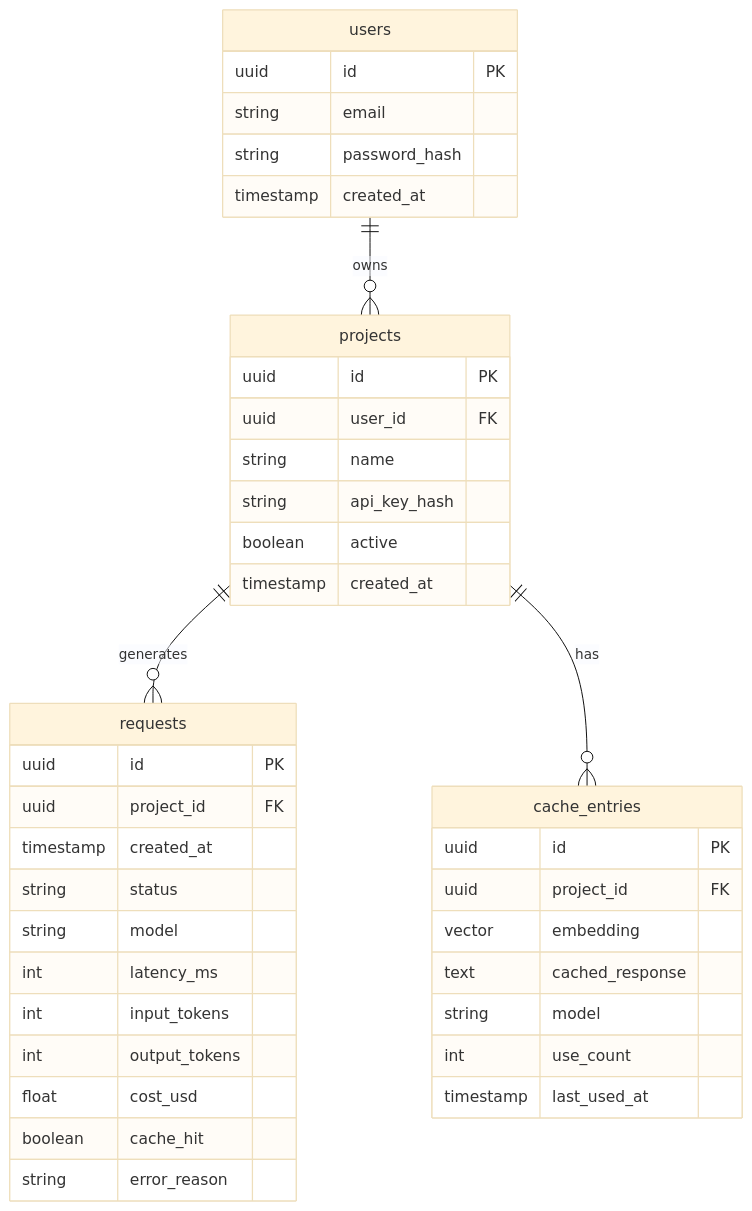
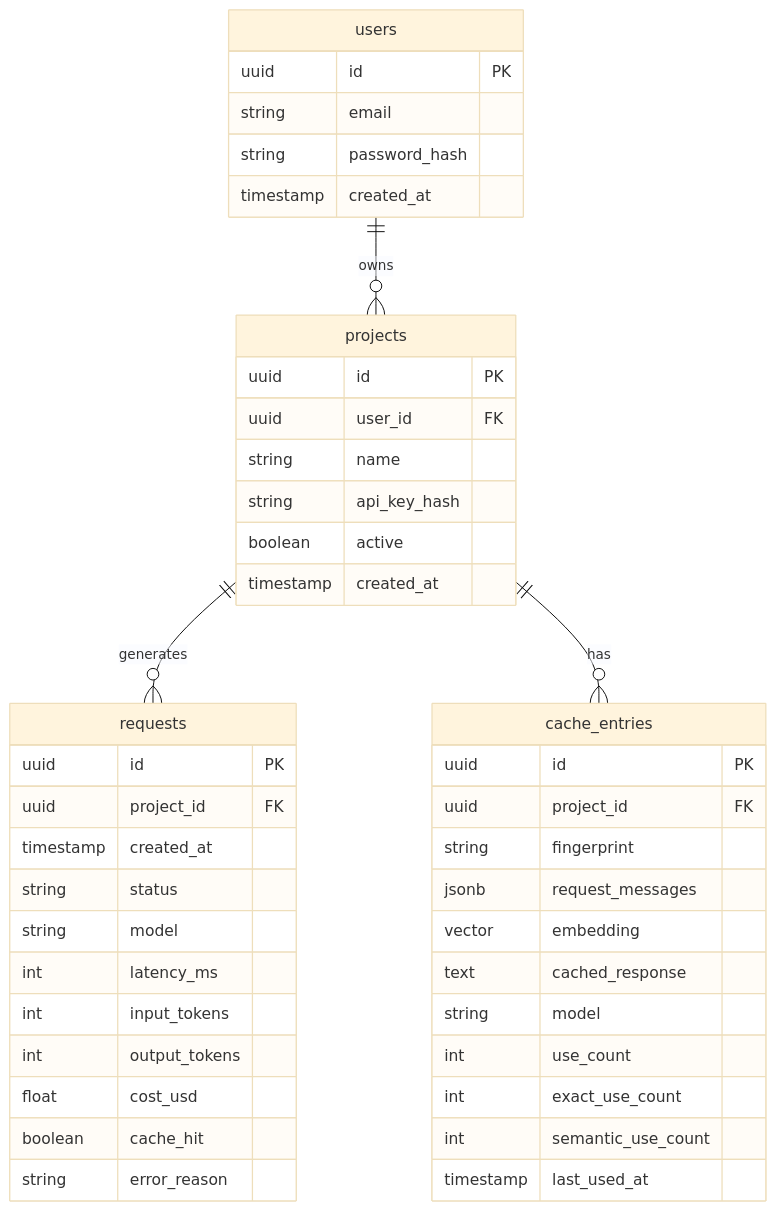
Before and after one commit to AseelHerzallah1/llm-gateway: the fifth of 5 diagrams in docs/ARCHITECTURE.md, drawn with Mermaid (base theme). The commit also changed other lines of this file and 59 other files, not shown here.

````diff
--- a/docs/ARCHITECTURE.md
+++ b/docs/ARCHITECTURE.md
@@ -104,46 +132,50 @@
 ```mermaid
 erDiagram
     users ||--o{ projects : owns
     projects ||--o{ requests : generates
     projects ||--o{ cache_entries : has
 
     users {
         uuid id PK
         string email
         string password_hash
         timestamp created_at
     }
 
     projects {
         uuid id PK
         uuid user_id FK
         string name
         string api_key_hash
         boolean active
         timestamp created_at
     }
 
     requests {
         uuid id PK
         uuid project_id FK
         timestamp created_at
         string status
         string model
         int latency_ms
         int input_tokens
         int output_tokens
         float cost_usd
         boolean cache_hit
         string error_reason
     }
 
     cache_entries {
         uuid id PK
         uuid project_id FK
+        string fingerprint
+        jsonb request_messages
         vector embedding
         text cached_response
         string model
         int use_count
+        int exact_use_count
+        int semantic_use_count
         timestamp last_used_at
     }
 ```
````
